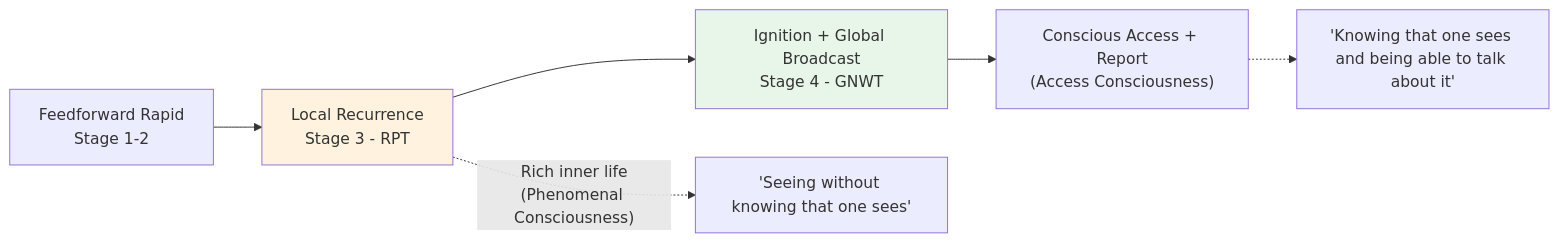
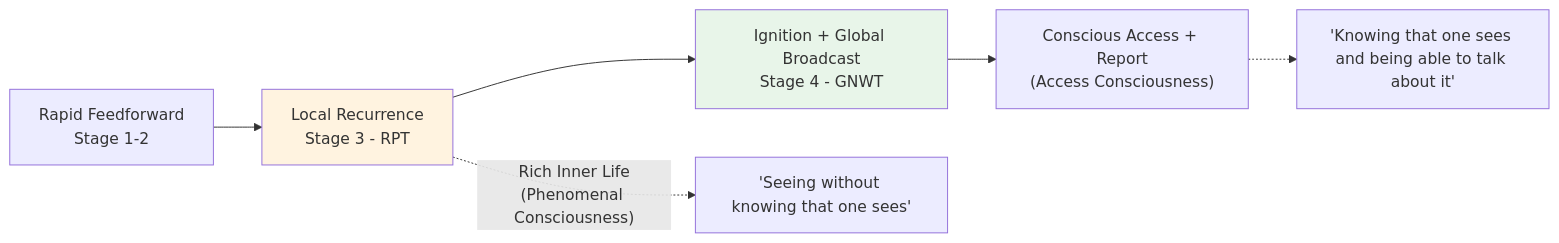
The second of 6 diagrams in concepts/concepts.md (AlainCo/GNWT-Garrigue-X-en), drawn with Mermaid before and after one commit. The commit also changed other lines of this file and 20 other files, not shown here.

````diff
--- a/concepts/concepts.md
+++ b/concepts/concepts.md
@@ -58,14 +58,14 @@
 ```mermaid
 flowchart LR
-    A[Feedforward Rapid\nStage 1-2] --> B[Local Recurrence\nStage 3 - RPT]
+    A[Rapid Feedforward\nStage 1-2] --> B[Local Recurrence\nStage 3 - RPT]
     B --> C[Ignition + Global Broadcast\nStage 4 - GNWT]
 
-    B -.->|"Rich inner life\n(Phenomenal Consciousness)"| D["'Seeing without knowing that one sees'"]
+    B -.->|"Rich Inner Life\n(Phenomenal Consciousness)"| D["'Seeing without knowing that one sees'"]
     C --> E["Conscious Access + Report\n(Access Consciousness)"]
     E -.-> F["'Knowing that one sees and being able to talk about it'"]
 
     classDef rpt fill:#fff3e0
     classDef gnwt fill:#e8f5e9
     class B rpt
     class C gnwt
 ```
````
